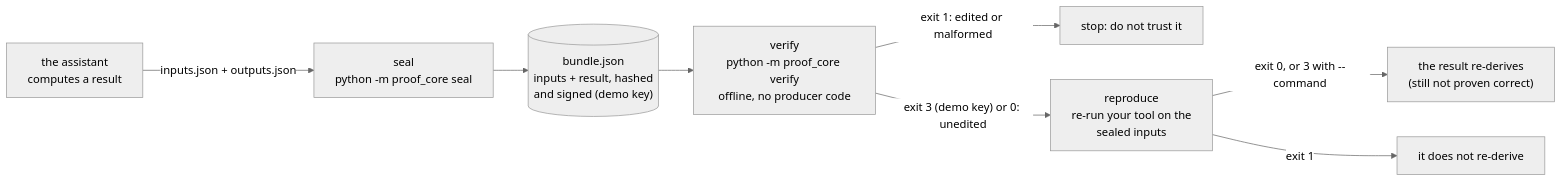
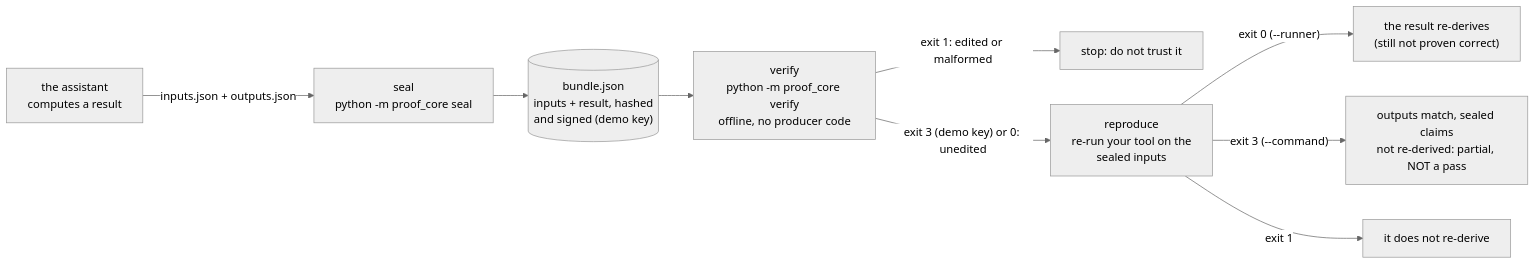
The first of 3 diagrams in README.md (SMRFORGE/proof-core), drawn with Mermaid (neutral theme) before and after one commit. The commit also changed other lines of this file and 1 other file, not shown here.

````diff
--- a/README.md
+++ b/README.md
@@ -62,10 +62,11 @@
 ```mermaid
 flowchart LR
     A["the assistant<br/>computes a result"] -->|"inputs.json + outputs.json"| S["seal<br/>python -m proof_core seal"]
     S --> B[("bundle.json<br/>inputs + result, hashed<br/>and signed (demo key)")]
     B --> V["verify<br/>python -m proof_core verify<br/>offline, no producer code"]
     V -->|"exit 1: edited or malformed"| X["stop: do not trust it"]
     V -->|"exit 3 (demo key) or 0: unedited"| R["reproduce<br/>re-run your tool on the<br/>sealed inputs"]
-    R -->|"exit 0, or 3 with --command"| OK["the result re-derives<br/>(still not proven correct)"]
+    R -->|"exit 0 (--runner)"| OK["the result re-derives<br/>(still not proven correct)"]
+    R -->|"exit 3 (--command)"| PART["outputs match, sealed claims<br/>not re-derived: partial, NOT a pass"]
     R -->|"exit 1"| NR["it does not re-derive"]
 ```
````
